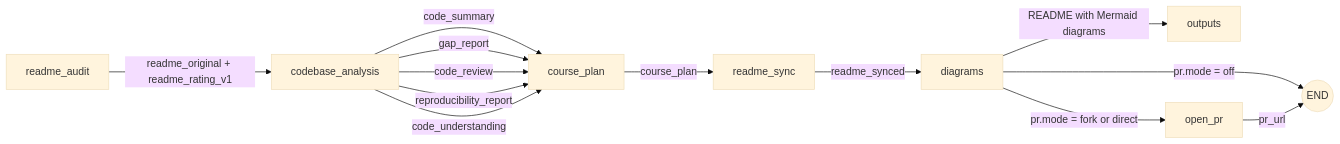
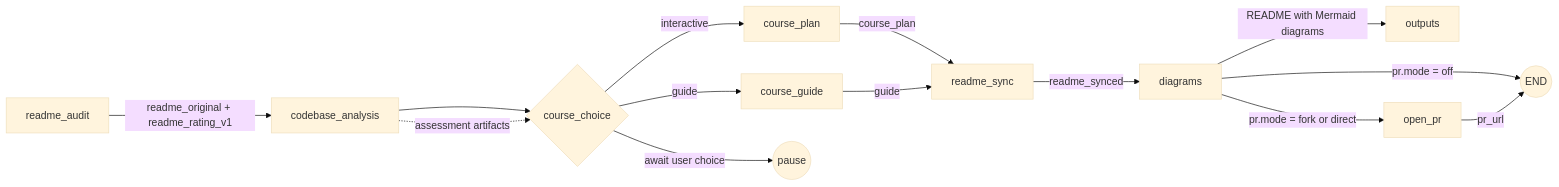
The first of 2 diagrams in readme-sync-workflow/README.md (Shotza247/Code_Review_LangGraph_workflow), drawn with Mermaid (base theme) before and after one commit. The commit also changed other lines of this file and 4 other files, not shown here.

First line of the commit message:
feat: expose course choice in Streamlit

````diff
--- a/readme-sync-workflow/README.md
+++ b/readme-sync-workflow/README.md
@@ -9,17 +9,17 @@
 ```mermaid
 flowchart LR
   A[readme_audit] -->|readme_original + readme_rating_v1| B[codebase_analysis]
 
-  B -->|code_summary| C[course_plan]
-  B -->|gap_report| C
-  B -->|code_review| C
-  B -->|reproducibility_report| C
-  B -->|code_understanding| C
-
-  C -->|course_plan| D[readme_sync]
-  D -->|readme_synced| E[diagrams]
-  E -->|README with Mermaid diagrams| H[outputs]
-  E -->|pr.mode = fork or direct| F[open_pr]
-  E -->|pr.mode = off| G((END))
-  F -->|pr_url| G
+  B --> C{course_choice}
+  B -. assessment artifacts .-> C
+  C -->|interactive| D[course_plan]
+  C -->|guide| G[course_guide]
+  C -->|await user choice| H((pause))
+  D -->|course_plan| E[readme_sync]
+  G -->|guide| E
+  E -->|readme_synced| F[diagrams]
+  F -->|README with Mermaid diagrams| I[outputs]
+  F -->|pr.mode = fork or direct| J[open_pr]
+  F -->|pr.mode = off| K((END))
+  J -->|pr_url| K
 ```
````
